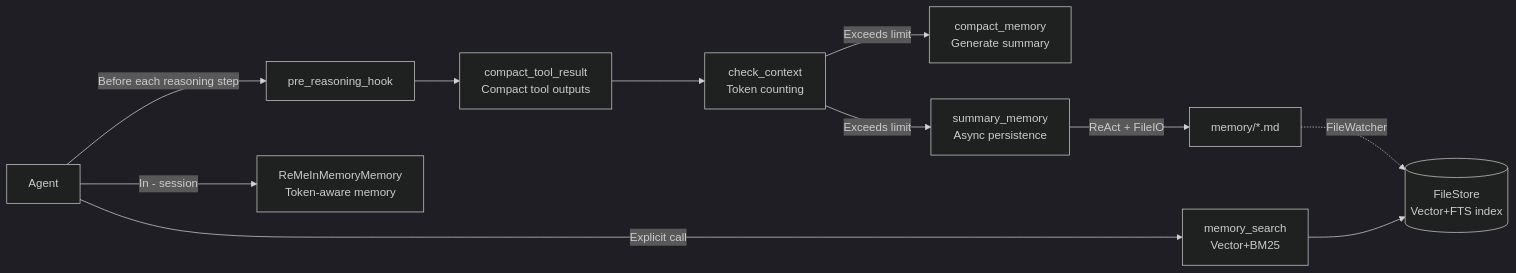
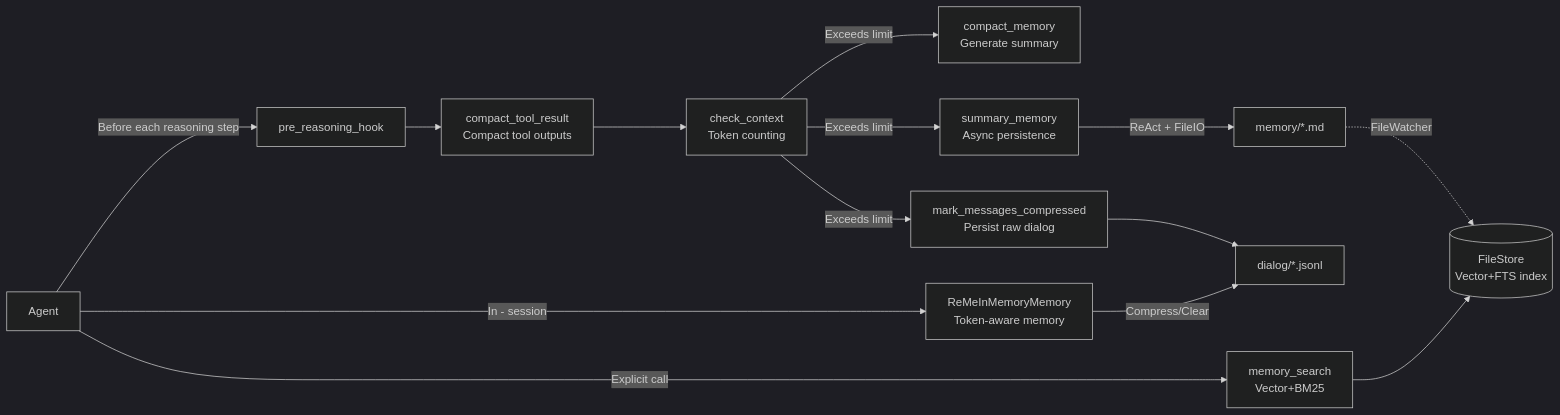
One commit to lllyyysss77/ReMe changed the first of 9 diagrams in README.md. Above: the diagram before and after it, drawn with Mermaid (dark theme). The commit also changed other lines of this file and 29 other files, not shown here.

````diff
--- a/README.md
+++ b/README.md
@@ -209,13 +223,16 @@
 ```mermaid
 graph LR
     Agent[Agent] -->|Before each reasoning step| Hook[pre_reasoning_hook]
     Hook --> TC[compact_tool_result<br>Compact tool outputs]
     TC --> CC[check_context<br>Token counting]
     CC -->|Exceeds limit| CM[compact_memory<br>Generate summary]
     CC -->|Exceeds limit| SM[summary_memory<br>Async persistence]
     SM -->|ReAct + FileIO| Files[memory/*.md]
+    CC -->|Exceeds limit| MMC[mark_messages_compressed<br>Persist raw dialog]
+    MMC --> Dialog[dialog/*.jsonl]
     Agent -->|Explicit call| Search[memory_search<br>Vector+BM25]
     Agent -->|In - session| InMem[ReMeInMemoryMemory<br>Token-aware memory]
+    InMem -->|Compress/Clear| Dialog
     Files -.->|FileWatcher| Store[(FileStore<br>Vector+FTS index)]
     Search --> Store
 ```
````
